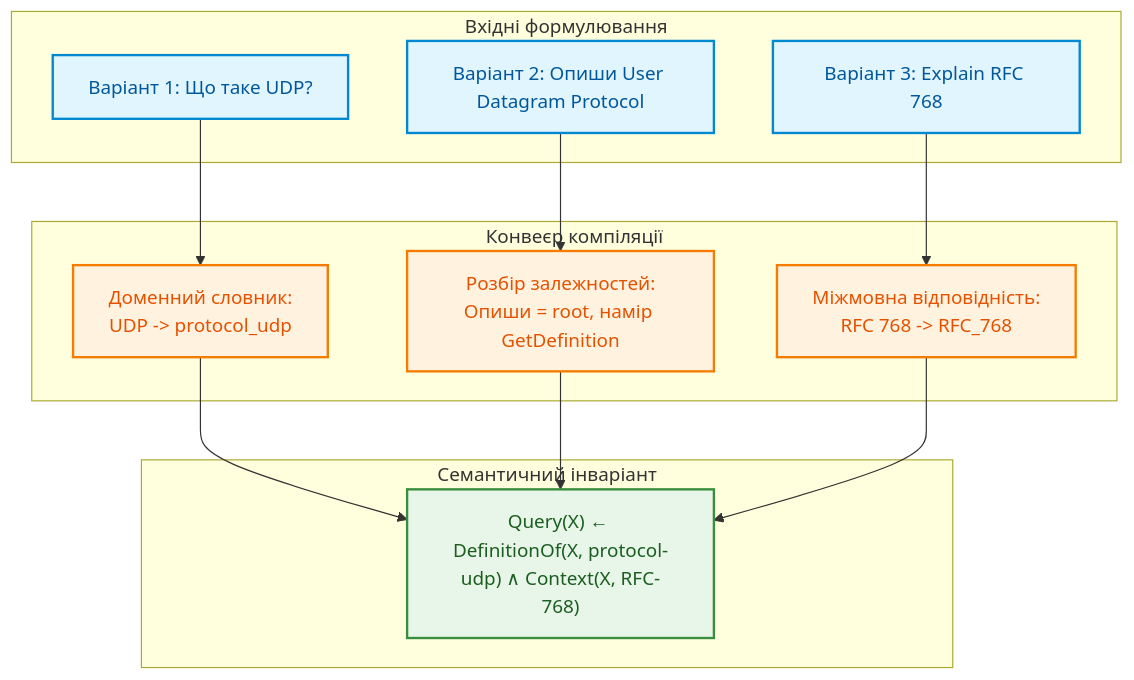
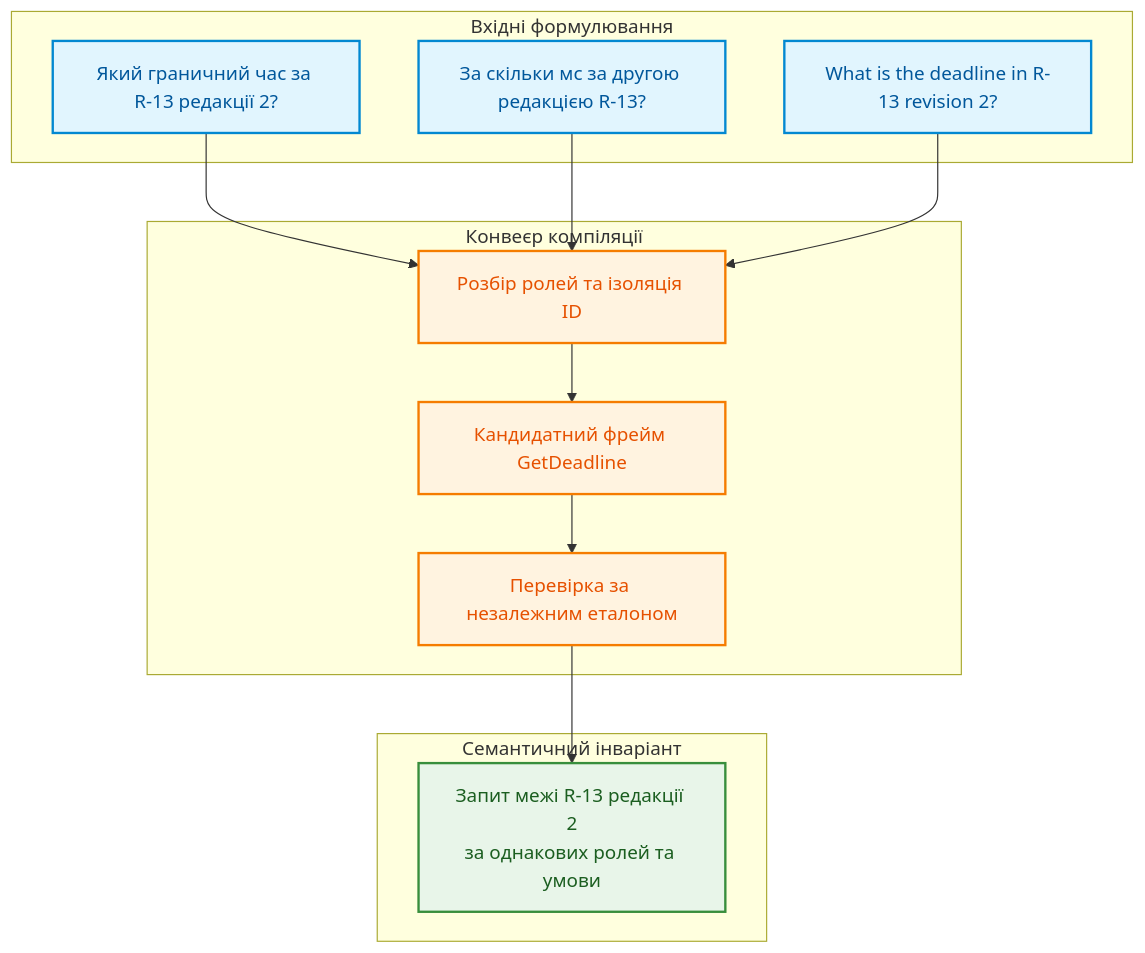
One commit to nick-fedchik/articles changed the seventh of 8 diagrams in ExpertSystem/ch13-language-variability-vs-determinism.md. Above: the diagram before and after it, drawn with Mermaid. The commit also changed other lines of this file and 7 other files, not shown here.

````diff
--- a/ExpertSystem/ch13-language-variability-vs-determinism.md
+++ b/ExpertSystem/ch13-language-variability-vs-determinism.md
@@ -590,36 +735,35 @@
 ```mermaid
 flowchart TD
     accTitle: Зведення групи синтаксичних еквівалентностей до єдиного предиката
     accDescr: Схема трансляції трьох різних запитів в один канонічний предикат логічного виведення.
 
     subgraph FORMS ["Вхідні формулювання"]
-        V1["Варіант 1: Що таке UDP?"]
-        V2["Варіант 2: Опиши User Datagram Protocol"]
-        V3["Варіант 3: Explain RFC 768"]
+        V1["Який граничний час за R-13 редакції 2?"]
+        V2["За скільки мс за другою редакцією R-13?"]
+        V3["What is the deadline in R-13 revision 2?"]
     end
 
     subgraph PIPE ["Конвеєр компіляції"]
-        P1["Доменний словник:<br/>UDP -> protocol_udp"]
-        P2["Розбір залежностей:<br/>Опиши = root, намір GetDefinition"]
-        P3["Міжмовна відповідність:<br/>RFC 768 -> RFC_768"]
+        P1["Розбір ролей та ізоляція ID"]
+        P2["Кандидатний фрейм GetDeadline"]
+        P3["Перевірка за незалежним еталоном"]
+        P1 --> P2 --> P3
     end
 
     subgraph INV ["Семантичний інваріант"]
-        PRED["Query(X) ← DefinitionOf(X, protocol-udp) ∧ Context(X, RFC-768)"]
+        PRED["Запит межі R-13 редакції 2<br/>за однакових ролей та умови"]
     end
 
     V1 --> P1
-    V2 --> P2
-    V3 --> P3
-    P1 --> PRED
-    P2 --> PRED
+    V2 --> P1
+    V3 --> P1
     P3 --> PRED
 
     classDef inp fill:#e1f5fe,stroke:#0288d1,stroke-width:2px,color:#01579b;
     classDef pipe fill:#fff3e0,stroke:#f57c00,stroke-width:2px,color:#e65100;
     classDef target fill:#e8f5e9,stroke:#388e3c,stroke-width:2px,color:#1b5e20;
 
     class V1,V2,V3 inp;
     class P1,P2,P3 pipe;
     class PRED target;
 ```
````
